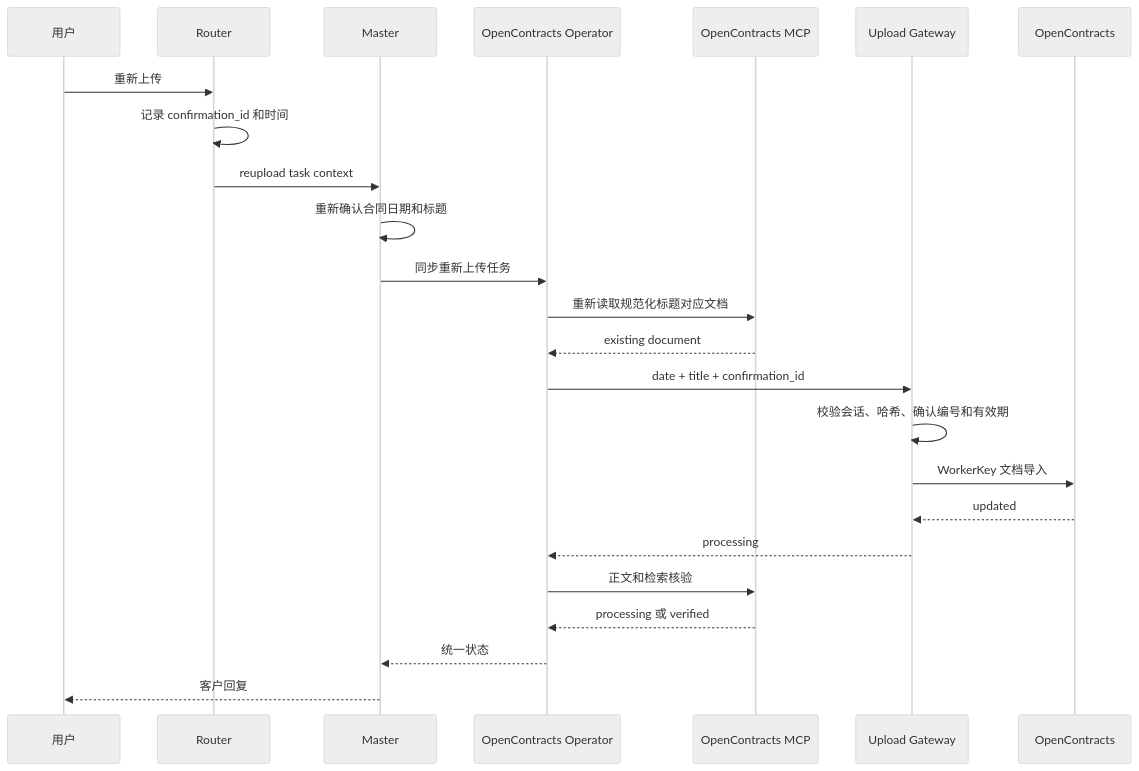
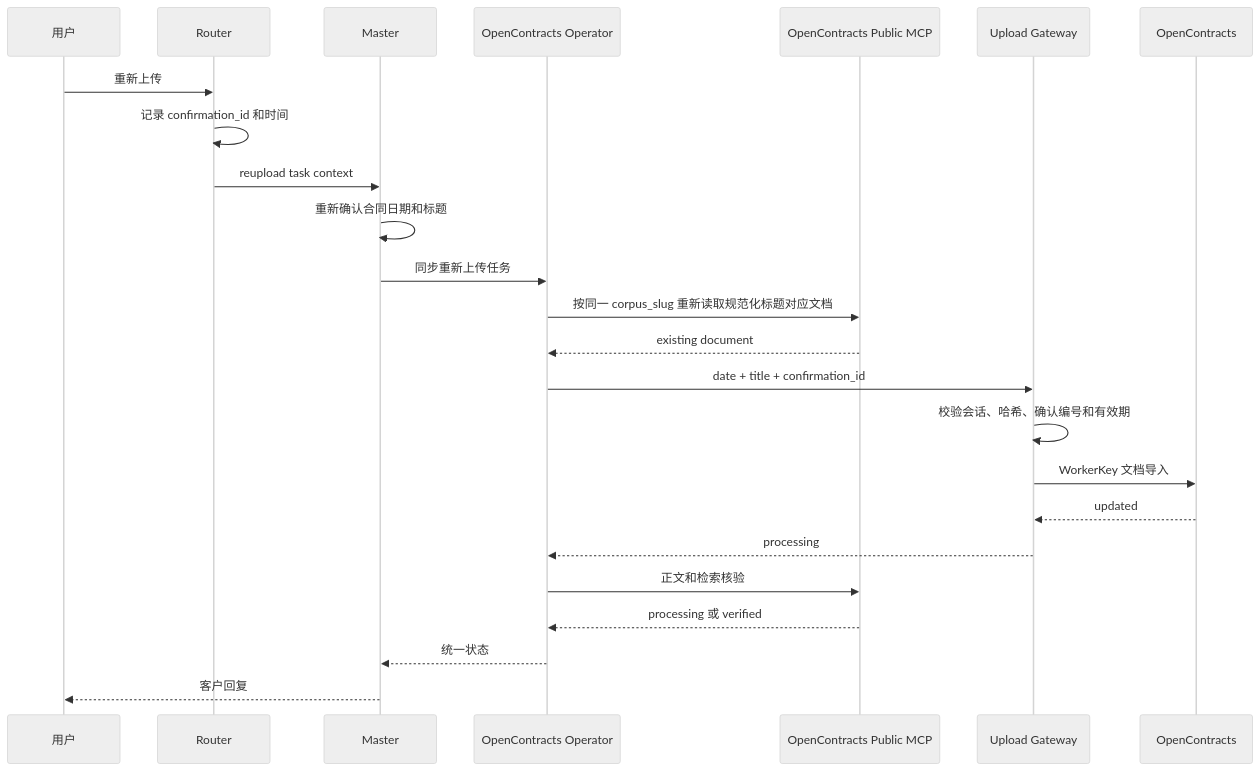
The third of 6 diagrams in docs/architecture/upload-sequence.md (Ri0n72Y/ContractBotConfig), drawn with Mermaid (neutral theme) before and after one commit. The commit also changed other lines of this file, not shown here.

Commit message:
update upload sequence for public MCP

````diff
--- a/docs/architecture/upload-sequence.md
+++ b/docs/architecture/upload-sequence.md
@@ -64,27 +64,27 @@
 ```mermaid
 sequenceDiagram
     participant U as 用户
     participant R as Router
     participant M as Master
     participant O as OpenContracts Operator
-    participant MCP as OpenContracts MCP
+    participant MCP as OpenContracts Public MCP
     participant G as Upload Gateway
     participant OC as OpenContracts
 
     U->>R: 重新上传
     R->>R: 记录 confirmation_id 和时间
     R->>M: reupload task context
     M->>M: 重新确认合同日期和标题
     M->>O: 同步重新上传任务
-    O->>MCP: 重新读取规范化标题对应文档
+    O->>MCP: 按同一 corpus_slug 重新读取规范化标题对应文档
     MCP-->>O: existing document
     O->>G: date + title + confirmation_id
     G->>G: 校验会话、哈希、确认编号和有效期
     G->>OC: WorkerKey 文档导入
     OC-->>G: updated
     G-->>O: processing
     O->>MCP: 正文和检索核验
     MCP-->>O: processing 或 verified
     O-->>M: 统一状态
     M-->>U: 客户回复
 ```
````
